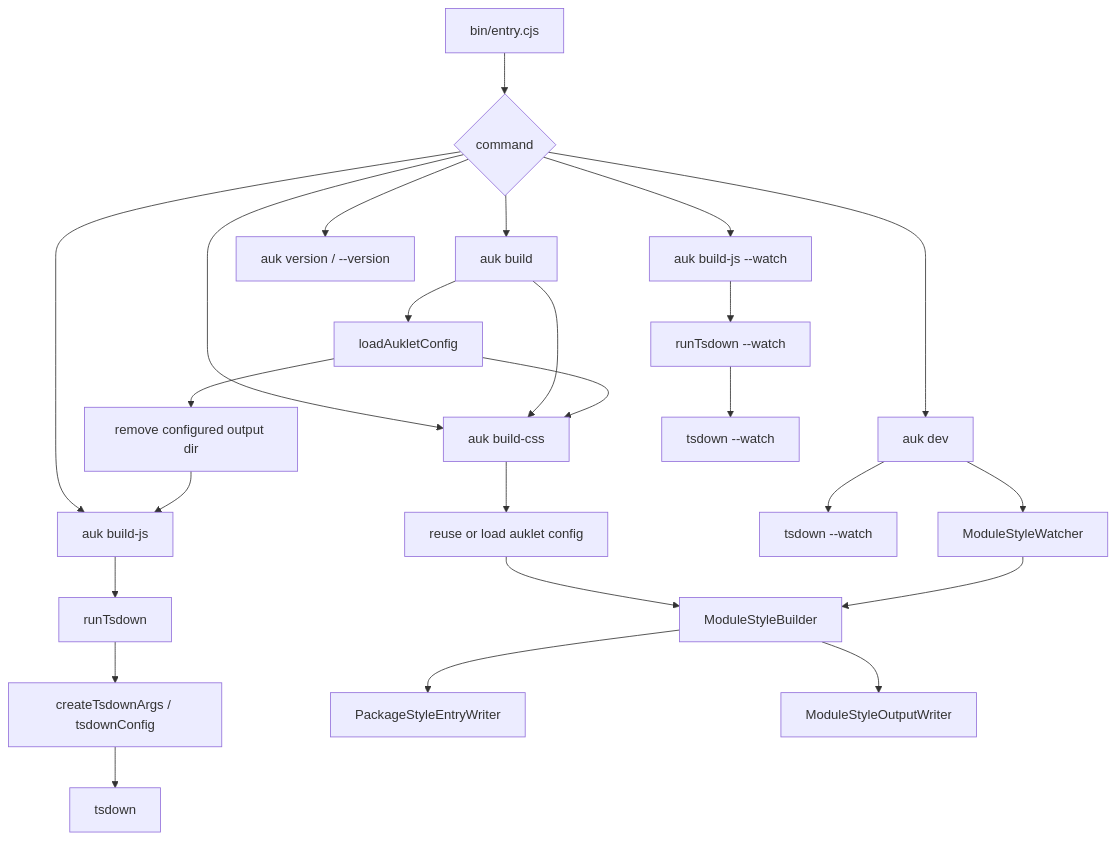
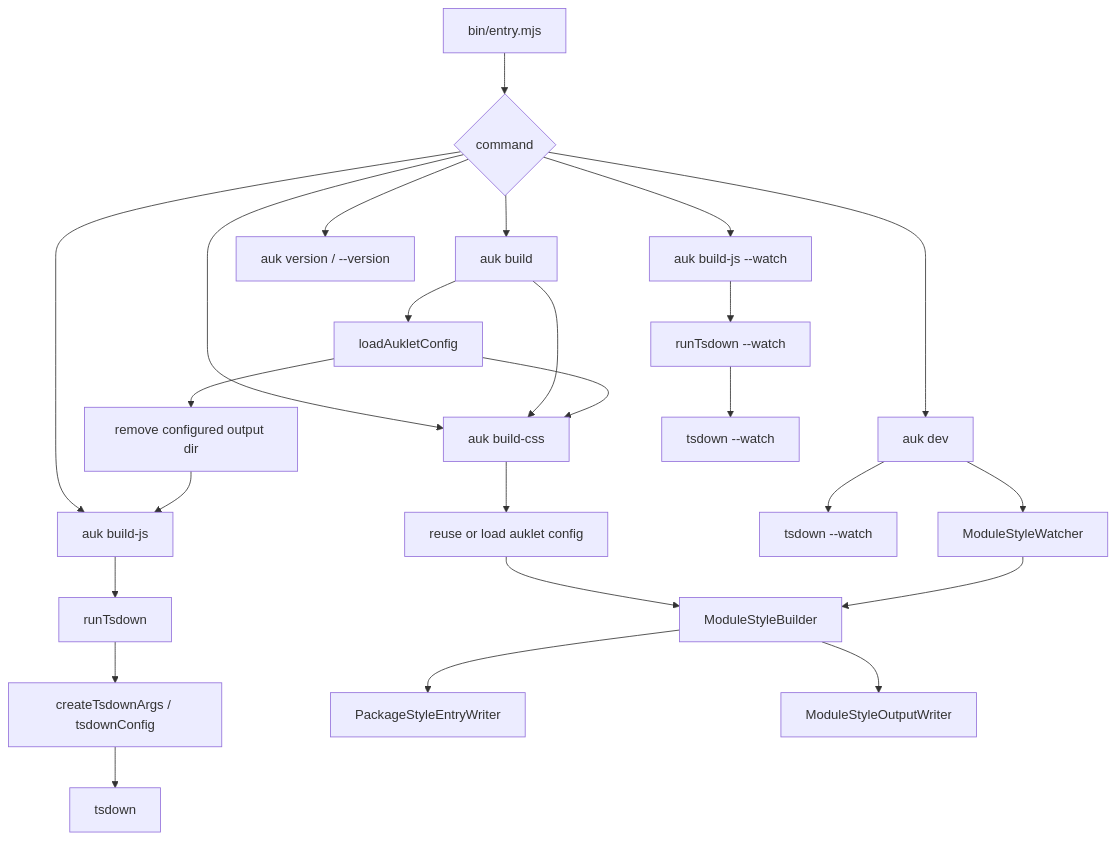
Before and after one commit to imtaotao/auklet: the first of 4 diagrams in CONTRIBUTING.md, drawn with Mermaid. The commit also changed other lines of this file and 44 other files, not shown here.

````diff
--- a/CONTRIBUTING.md
+++ b/CONTRIBUTING.md
@@ -270,30 +270,30 @@
 ```mermaid
 flowchart TD
-  CLI["bin/entry.cjs"] --> Command{"command"}
+  CLI["bin/entry.mjs"] --> Command{"command"}
   Command --> Build["auk build"]
   Command --> BuildJs["auk build-js"]
   Command --> BuildJsWatch["auk build-js --watch"]
   Command --> BuildStyle["auk build-css"]
   Command --> Dev["auk dev"]
   Command --> Version["auk version / --version"]
 
   Build --> LoadBuildConfig["loadAukletConfig"]
   LoadBuildConfig --> CleanOutput["remove configured output dir"]
   CleanOutput --> BuildJs
   BuildJs --> RunTsdown["runTsdown"]
   RunTsdown --> TsdownConfig["createTsdownArgs / tsdownConfig"]
   TsdownConfig --> Tsdown["tsdown"]
   BuildJsWatch --> RunTsdownWatch["runTsdown --watch"]
   RunTsdownWatch --> TsdownWatch["tsdown --watch"]
 
   Build --> BuildStyle
   LoadBuildConfig --> BuildStyle
   BuildStyle --> ResolveStyleConfig["reuse or load auklet config"]
   ResolveStyleConfig --> StyleBuilder["ModuleStyleBuilder"]
   StyleBuilder --> PackageWriter["PackageStyleEntryWriter"]
   StyleBuilder --> FormatWriter["ModuleStyleOutputWriter"]
 
   Dev --> JsWatch["tsdown --watch"]
   Dev --> StyleWatch["ModuleStyleWatcher"]
   StyleWatch --> StyleBuilder
 ```
````
